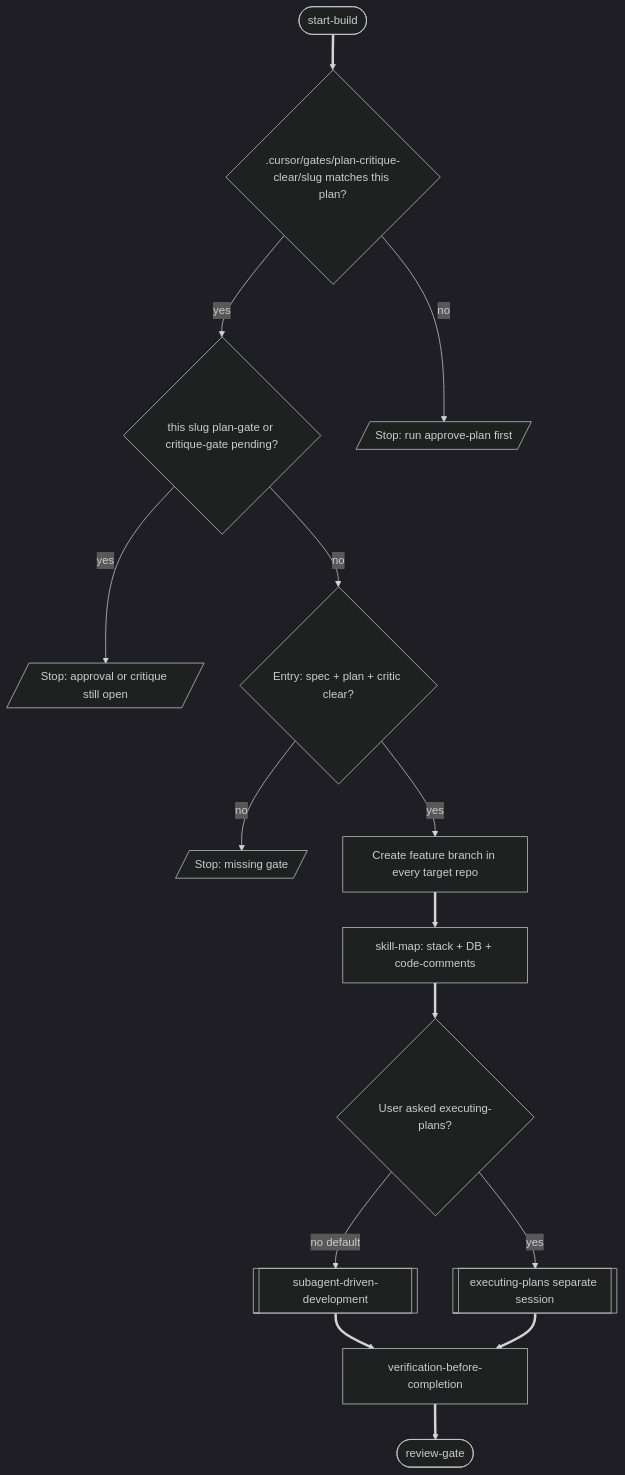
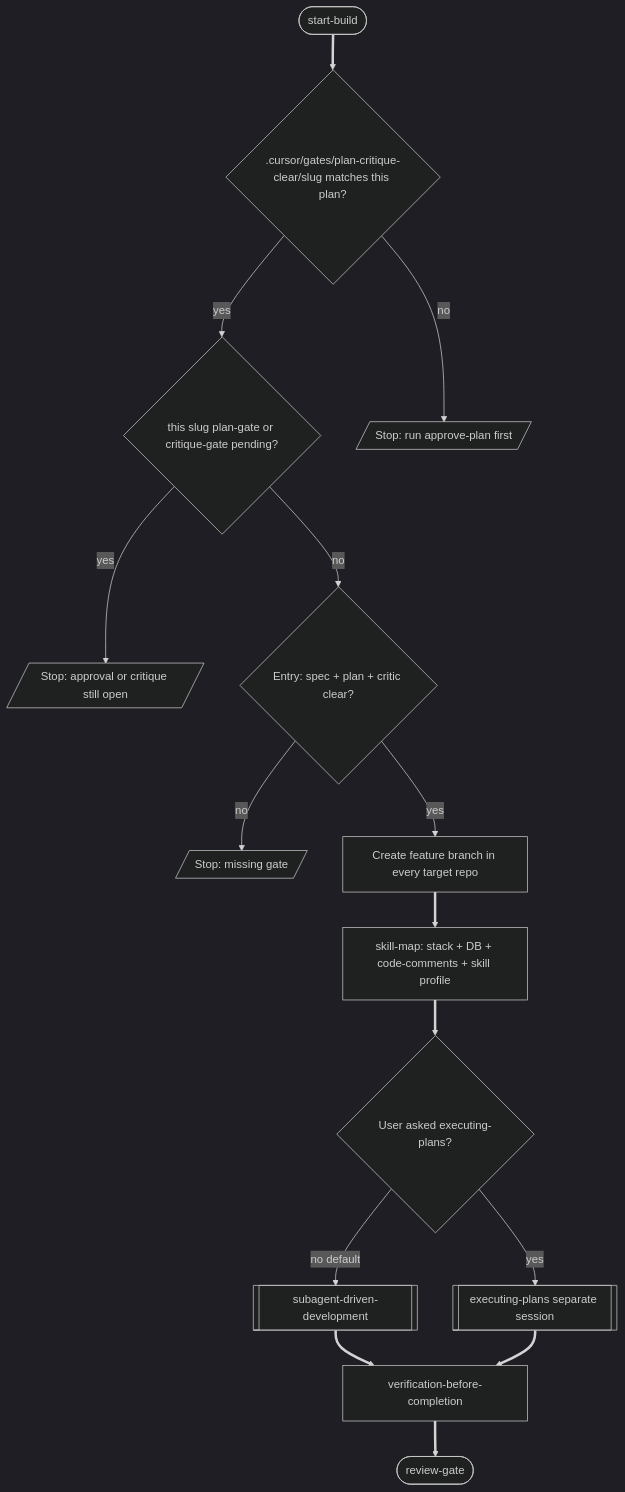
The fifth of 14 diagrams in docs/superpowers/pipeline-flow.md (a-trembak/cursor-spells), drawn with Mermaid (dark theme) before and after one commit. The commit also changed other lines of this file and 3 other files, not shown here.

First line of the commit message:
docs(pipeline): document skill profile and tiny-diff on canvas

````diff
--- a/docs/superpowers/pipeline-flow.md
+++ b/docs/superpowers/pipeline-flow.md
@@ -310,32 +310,32 @@
 ```mermaid
 flowchart TD
   startBuildCmd(["start-build"])
   checkClear{".cursor/gates/plan-critique-clear/slug matches this plan?"}
   checkPending{"this slug plan-gate or critique-gate pending?"}
   stopApprove[/"Stop: run approve-plan first"/]
   stopPending[/"Stop: approval or critique still open"/]
   entryOk{Entry: spec + plan + critic clear?}
   stopEntry[/"Stop: missing gate"/]
   branchSetup["Create feature branch in every target repo"]
-  skillRoute["skill-map: stack + DB + code-comments"]
+  skillRoute["skill-map: stack + DB + code-comments + skill profile"]
   execMode{User asked executing-plans?}
   sdd[["subagent-driven-development"]]
   ep[["executing-plans separate session"]]
   verify["verification-before-completion"]
   toReviewGate(["review-gate"])
 
   startBuildCmd ==> checkClear
   checkClear -->|"no"| stopApprove
   checkClear -->|"yes"| checkPending
   checkPending -->|"yes"| stopPending
   checkPending -->|"no"| entryOk
   entryOk -->|"no"| stopEntry
   entryOk -->|"yes"| branchSetup
   branchSetup ==> skillRoute
   skillRoute ==> execMode
   execMode -->|"no default"| sdd
   execMode -->|"yes"| ep
   sdd ==> verify
   ep ==> verify
   verify ==> toReviewGate
 ```
````
